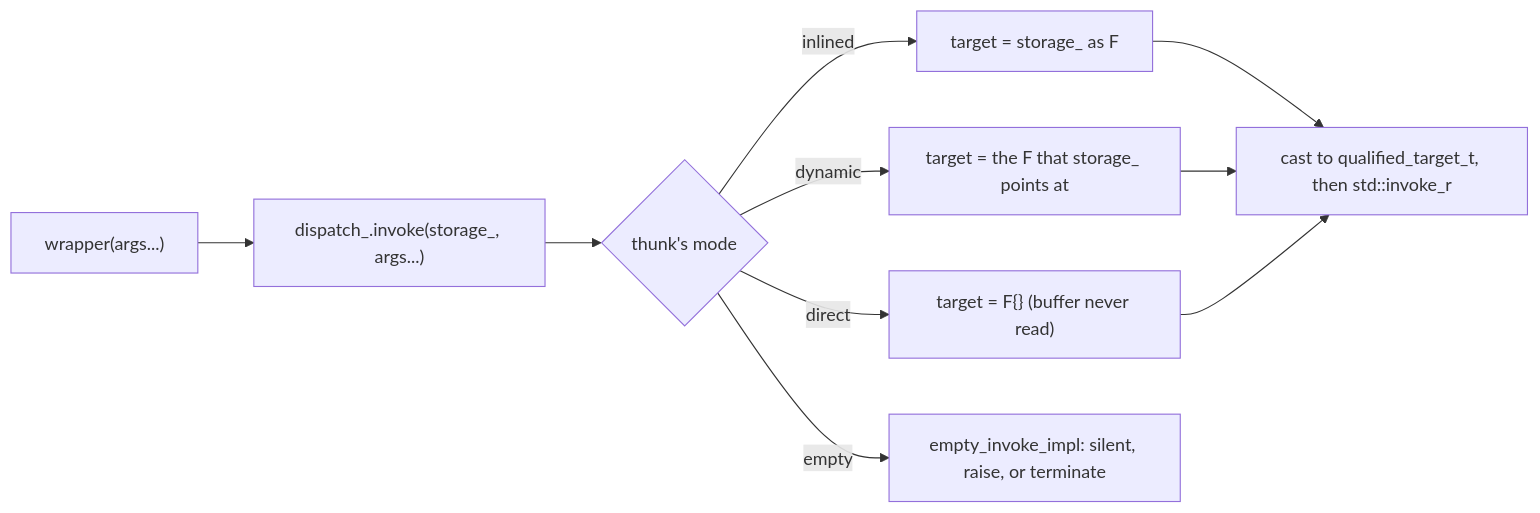
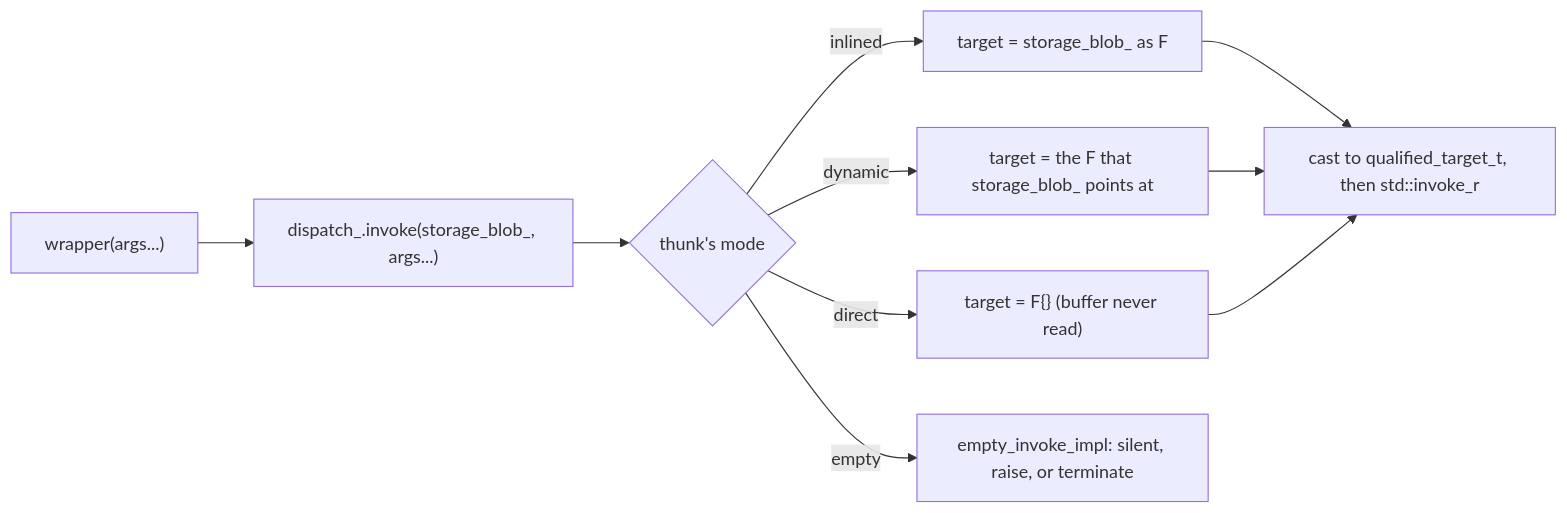
The first of 3 diagrams in corvid/meta/flexi_function.md (stevensudit/Corvid), drawn with Mermaid before and after one commit. The commit also changed other lines of this file and 7 other files, not shown here.

````diff
--- a/corvid/meta/flexi_function.md
+++ b/corvid/meta/flexi_function.md
@@ -195,12 +195,12 @@
 ```mermaid
 flowchart LR
-    op["wrapper(args...)"] --> inv["dispatch_.invoke(storage_, args...)"]
+    op["wrapper(args...)"] --> inv["dispatch_.invoke(storage_blob_, args...)"]
     inv --> mode{thunk's mode}
-    mode -->|inlined| a["target = storage_ as F"]
-    mode -->|dynamic| b["target = the F that storage_ points at"]
+    mode -->|inlined| a["target = storage_blob_ as F"]
+    mode -->|dynamic| b["target = the F that storage_blob_ points at"]
     mode -->|direct| c["target = F{} (buffer never read)"]
     mode -->|empty| e["empty_invoke_impl: silent, raise, or terminate"]
     a --> q["cast to qualified_target_t, then std::invoke_r"]
     b --> q
     c --> q
 ```
````
